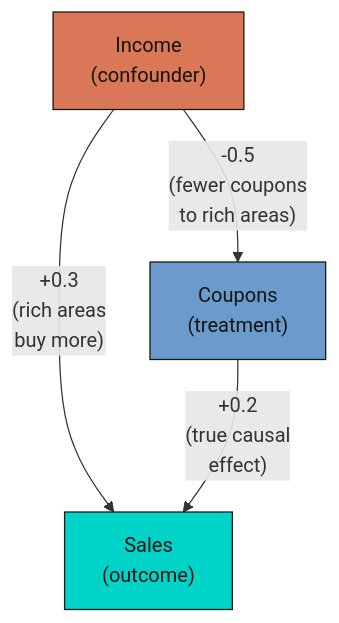
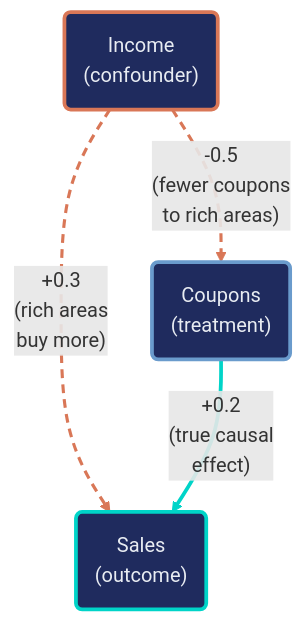
Before and after one commit to cmg777/starter-academic-v501: the second of 2 diagrams in content/post/r_fwlplot/index.md, drawn with Mermaid. The commit also changed other lines of this file and 13 other files, not shown here.

First line of the commit message:
content(mermaid): restyle flowcharts in R posts

````diff
--- a/content/post/r_fwlplot/index.md
+++ b/content/post/r_fwlplot/index.md
@@ -266,14 +265,18 @@
 ```mermaid
 graph TD
-    Income["Income<br/>(confounder)"]
-    Coupons["Coupons<br/>(treatment)"]
-    Sales["Sales<br/>(outcome)"]
+    Income("Income<br/>(confounder)")
+    Coupons("Coupons<br/>(treatment)")
+    Sales("Sales<br/>(outcome)")
 
     Income -->|"-0.5<br/>(fewer coupons<br/>to rich areas)"| Coupons
     Income -->|"+0.3<br/>(rich areas<br/>buy more)"| Sales
     Coupons -->|"+0.2<br/>(true causal<br/>effect)"| Sales
-
-    style Income fill:#d97757,stroke:#141413,color:#141413
-    style Coupons fill:#6a9bcc,stroke:#141413,color:#141413
-    style Sales fill:#00d4c8,stroke:#141413,color:#141413
+    classDef orange fill:#1f2b5e,stroke:#d97757,stroke-width:3px,color:#e8ecf2
+    classDef blue fill:#1f2b5e,stroke:#6a9bcc,stroke-width:3px,color:#e8ecf2
+    classDef teal fill:#1f2b5e,stroke:#00d4c8,stroke-width:3px,color:#e8ecf2
+    class Income orange
+    class Coupons blue
+    class Sales teal
+    linkStyle 0,1 stroke:#d97757,stroke-width:2.5px,stroke-dasharray:7 5
+    linkStyle 2 stroke:#00d4c8,stroke-width:3px
 ```
````
